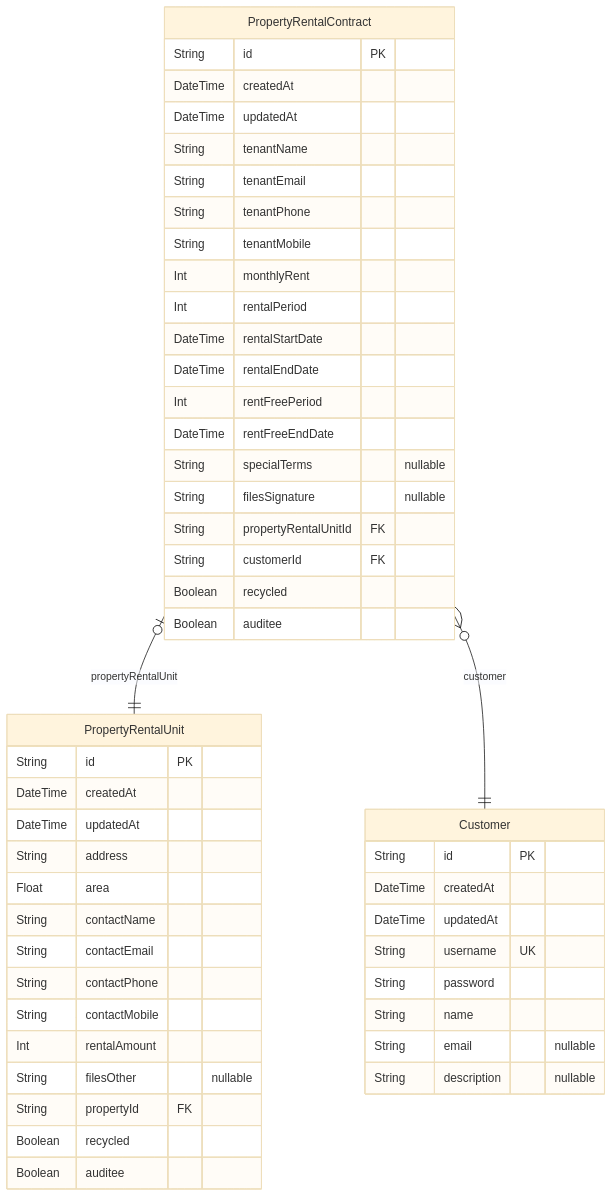
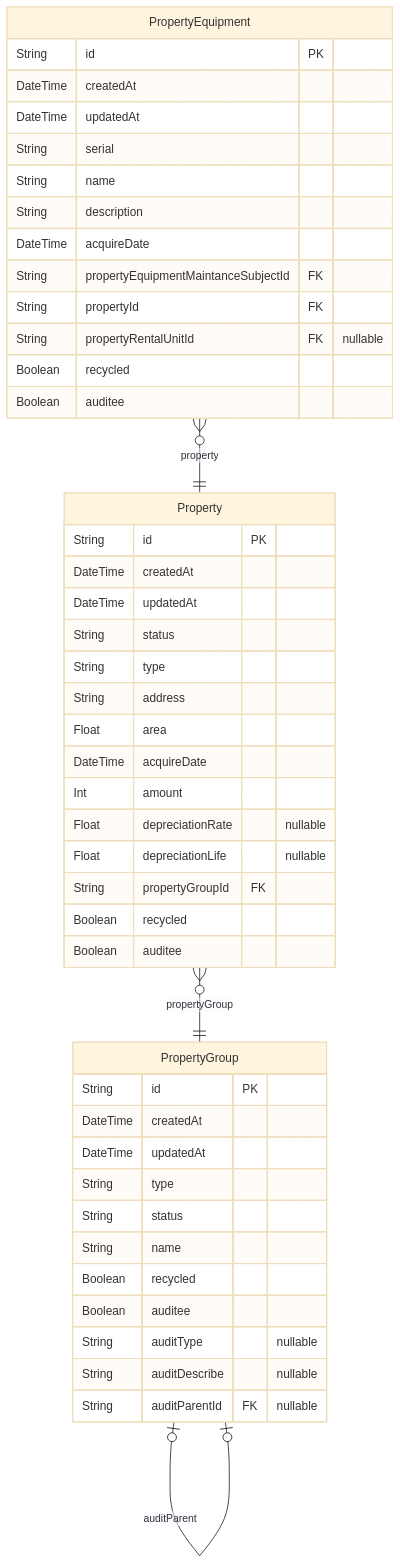
One commit to Val0429/taiwan-life-insurance changed the third of 4 diagrams in generated/packages/ERD.md. Above: the diagram before and after it, drawn with Mermaid (base theme). The commit also changed other lines of this file and 10 other files, not shown here.

````diff
--- a/generated/packages/ERD.md
+++ b/generated/packages/ERD.md
@@ -293,52 +325,49 @@
 ```mermaid
 erDiagram
-"PropertyRentalUnit" {
+"PropertyGroup" {
     String id PK
     DateTime createdAt
     DateTime updatedAt
+    String type
+    String status
+    String name
+    Boolean recycled
+    Boolean auditee
+    String auditType "nullable"
+    String auditDescribe "nullable"
+    String auditParentId FK "nullable"
+}
+"Property" {
+    String id PK
+    DateTime createdAt
+    DateTime updatedAt
+    String status
+    String type
     String address
     Float area
-    String contactName
-    String contactEmail
-    String contactPhone
-    String contactMobile
-    Int rentalAmount
-    String filesOther "nullable"
-    String propertyId FK
+    DateTime acquireDate
+    Int amount
+    Float depreciationRate "nullable"
+    Float depreciationLife "nullable"
+    String propertyGroupId FK
     Boolean recycled
     Boolean auditee
 }
-"PropertyRentalContract" {
+"PropertyEquipment" {
     String id PK
     DateTime createdAt
     DateTime updatedAt
-    String tenantName
-    String tenantEmail
-    String tenantPhone
-    String tenantMobile
-    Int monthlyRent
-    Int rentalPeriod
-    DateTime rentalStartDate
-    DateTime rentalEndDate
-    Int rentFreePeriod
-    DateTime rentFreeEndDate
-    String specialTerms "nullable"
-    String filesSignature "nullable"
-    String propertyRentalUnitId FK
-    String customerId FK
+    String serial
+    String name
+    String description
+    DateTime acquireDate
+    String propertyEquipmentMaintanceSubjectId FK
+    String propertyId FK
+    String propertyRentalUnitId FK "nullable"
     Boolean recycled
     Boolean auditee
 }
-"Customer" {
-    String id PK
-    DateTime createdAt
-    DateTime updatedAt
-    String username UK
-    String password
-    String name
-    String email "nullable"
-    String description "nullable"
-}
-"PropertyRentalContract" |o--|| "PropertyRentalUnit" : propertyRentalUnit
-"PropertyRentalContract" }o--|| "Customer" : customer
+"PropertyGroup" |o--o| "PropertyGroup" : auditParent
+"Property" }o--|| "PropertyGroup" : propertyGroup
+"PropertyEquipment" }o--|| "Property" : property
 ```
````
